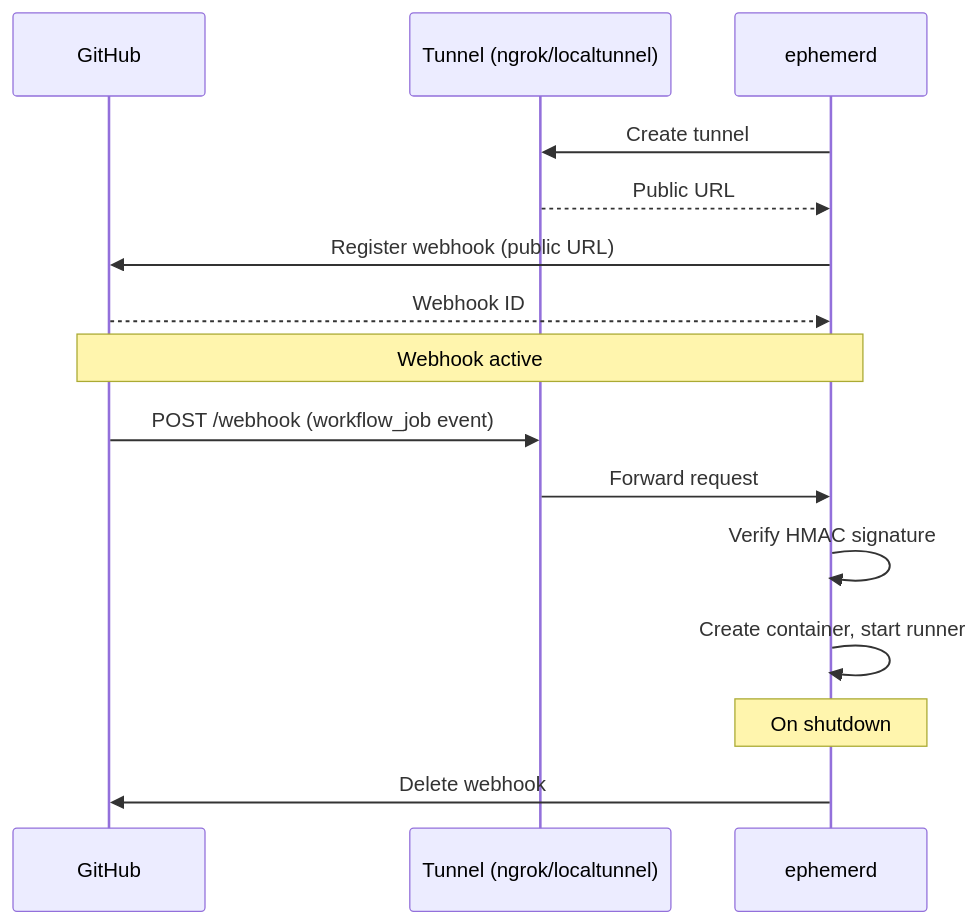
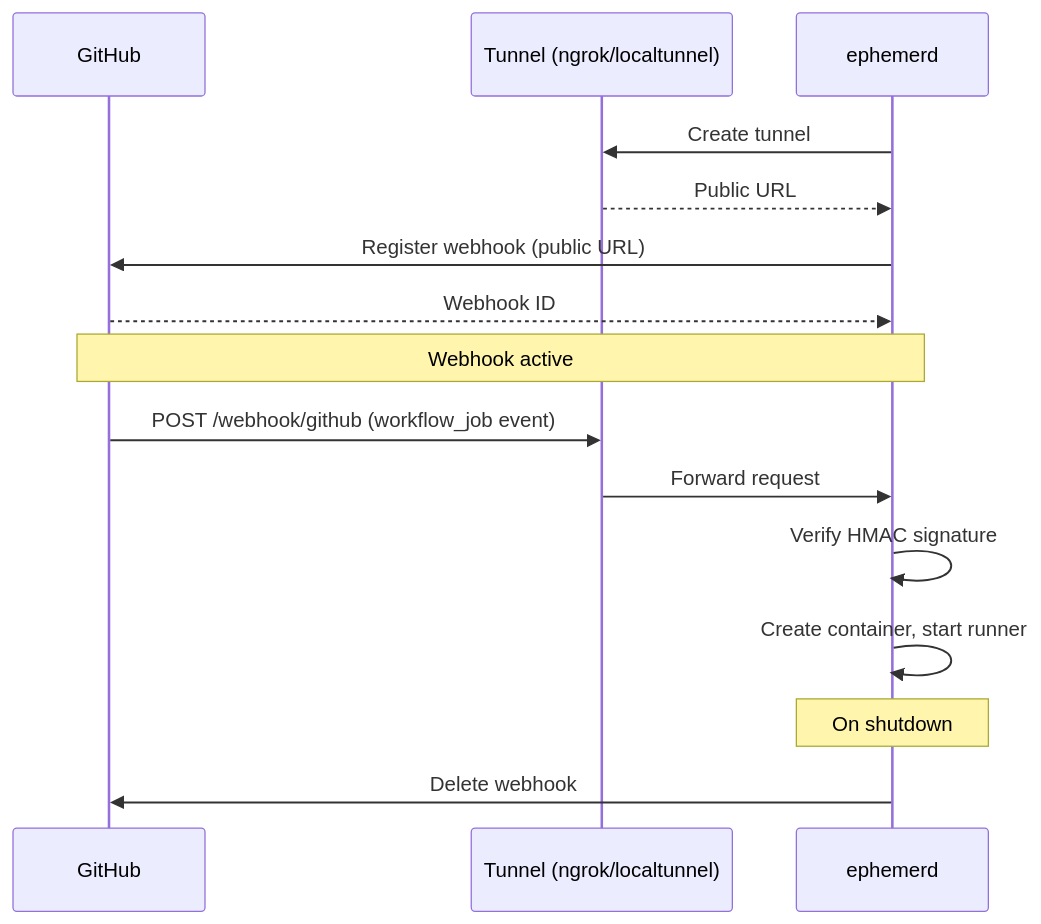
The second of 2 diagrams in docs/guides/job-discovery.md (ephpm/ephemerd), drawn with Mermaid before and after one commit. The commit also changed other lines of this file and 30 other files, not shown here.

````diff
--- a/docs/guides/job-discovery.md
+++ b/docs/guides/job-discovery.md
@@ -85,21 +85,21 @@
 ```mermaid
 sequenceDiagram
     participant GH as GitHub
     participant T as Tunnel (ngrok/localtunnel)
     participant E as ephemerd
 
     E->>T: Create tunnel
     T-->>E: Public URL
     E->>GH: Register webhook (public URL)
     GH-->>E: Webhook ID
 
     Note over GH,E: Webhook active
 
-    GH->>T: POST /webhook (workflow_job event)
+    GH->>T: POST /webhook/github (workflow_job event)
     T->>E: Forward request
     E->>E: Verify HMAC signature
     E->>E: Create container, start runner
 
     Note over E: On shutdown
     E->>GH: Delete webhook
 ```
````
